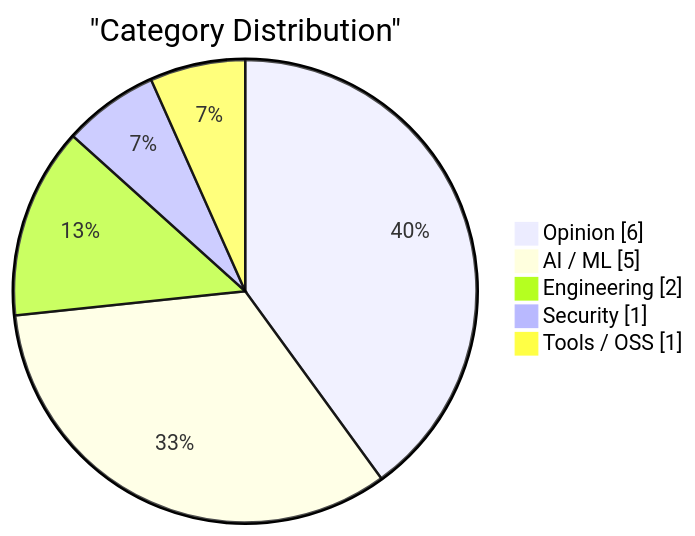
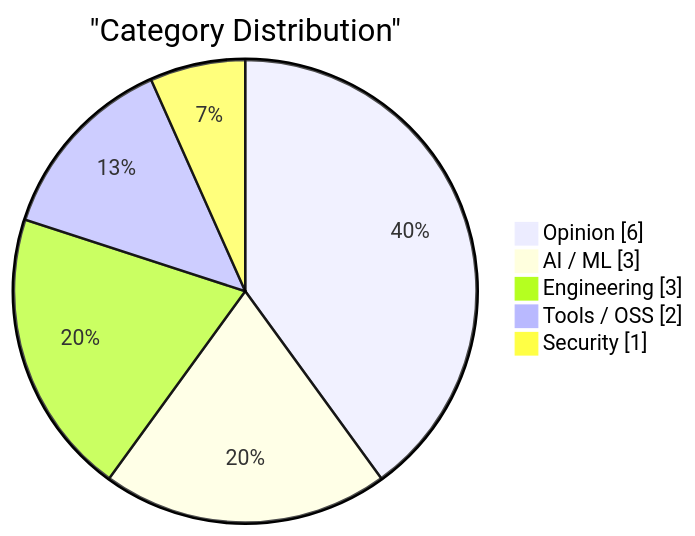
The first of 2 diagrams in digests/2026-02-22.md (0xEmberZz/daily-digest), drawn with Mermaid before and after one commit. The commit also changed other lines of this file and 1 other file, not shown here.

````diff
--- a/digests/2026-02-22.md
+++ b/digests/2026-02-22.md
@@ -64,9 +70,9 @@
 ```mermaid
 pie showData
     title "Category Distribution"
     "Opinion" : 6
-    "AI / ML" : 5
-    "Engineering" : 2
+    "AI / ML" : 3
+    "Engineering" : 3
+    "Tools / OSS" : 2
     "Security" : 1
-    "Tools / OSS" : 1
 ```
````
